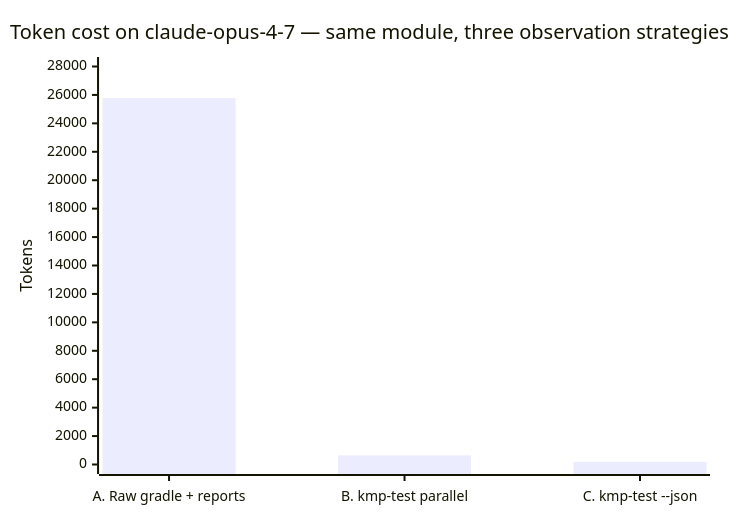
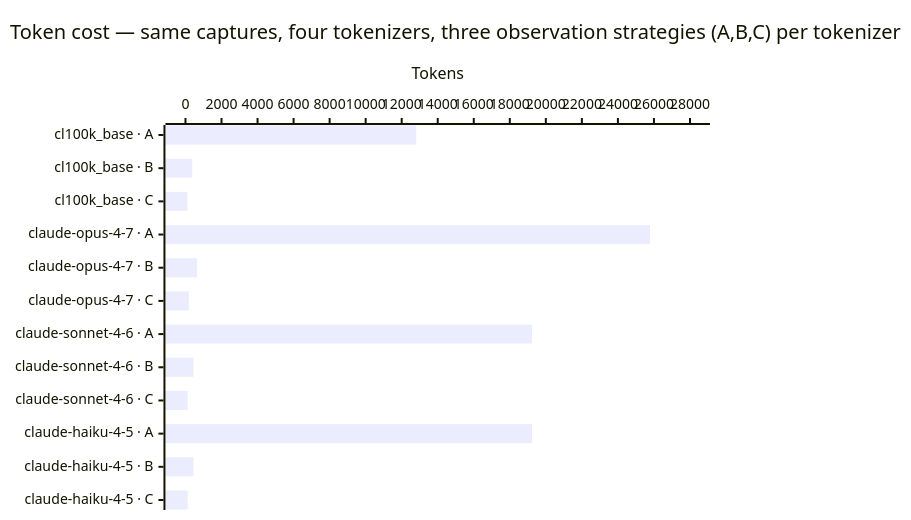
Before and after one commit to oscardlfr/kmp-test-runner: the diagram in README.md, drawn with Mermaid. The commit also changed other lines of this file and 1 other file, not shown here.

First line of the commit message:
fix(docs): mermaid chart now plots all 4 tokenizers individually (#29)

````diff
--- a/README.md
+++ b/README.md
@@ -9,7 +9,7 @@
 ```mermaid
-xychart-beta
-    title "Token cost on claude-opus-4-7 — same module, three observation strategies"
-    x-axis ["A. Raw gradle + reports", "B. kmp-test parallel", "C. kmp-test --json"]
+xychart-beta horizontal
+    title "Token cost — same captures, four tokenizers, three observation strategies (A,B,C) per tokenizer"
+    x-axis ["cl100k_base · A", "cl100k_base · B", "cl100k_base · C", "claude-opus-4-7 · A", "claude-opus-4-7 · B", "claude-opus-4-7 · C", "claude-sonnet-4-6 · A", "claude-sonnet-4-6 · B", "claude-sonnet-4-6 · C", "claude-haiku-4-5 · A", "claude-haiku-4-5 · B", "claude-haiku-4-5 · C"]
     y-axis "Tokens" 0 --> 28000
-    bar [25780, 642, 187]
+    bar [12807, 376, 101, 25780, 642, 187, 19234, 444, 125, 19234, 444, 125]
 ```
````
